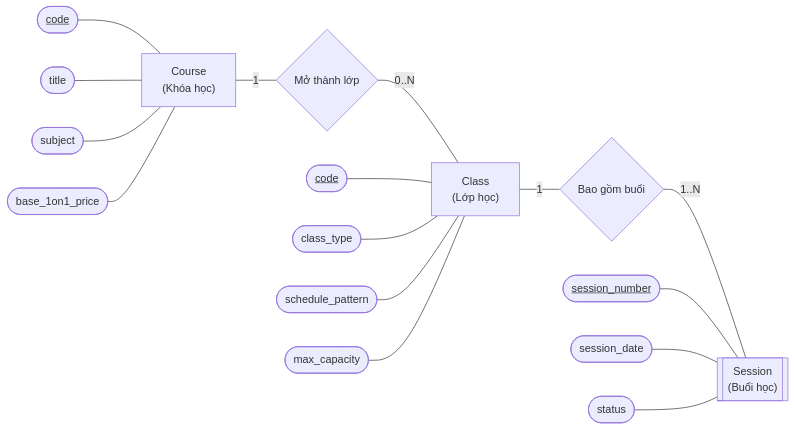
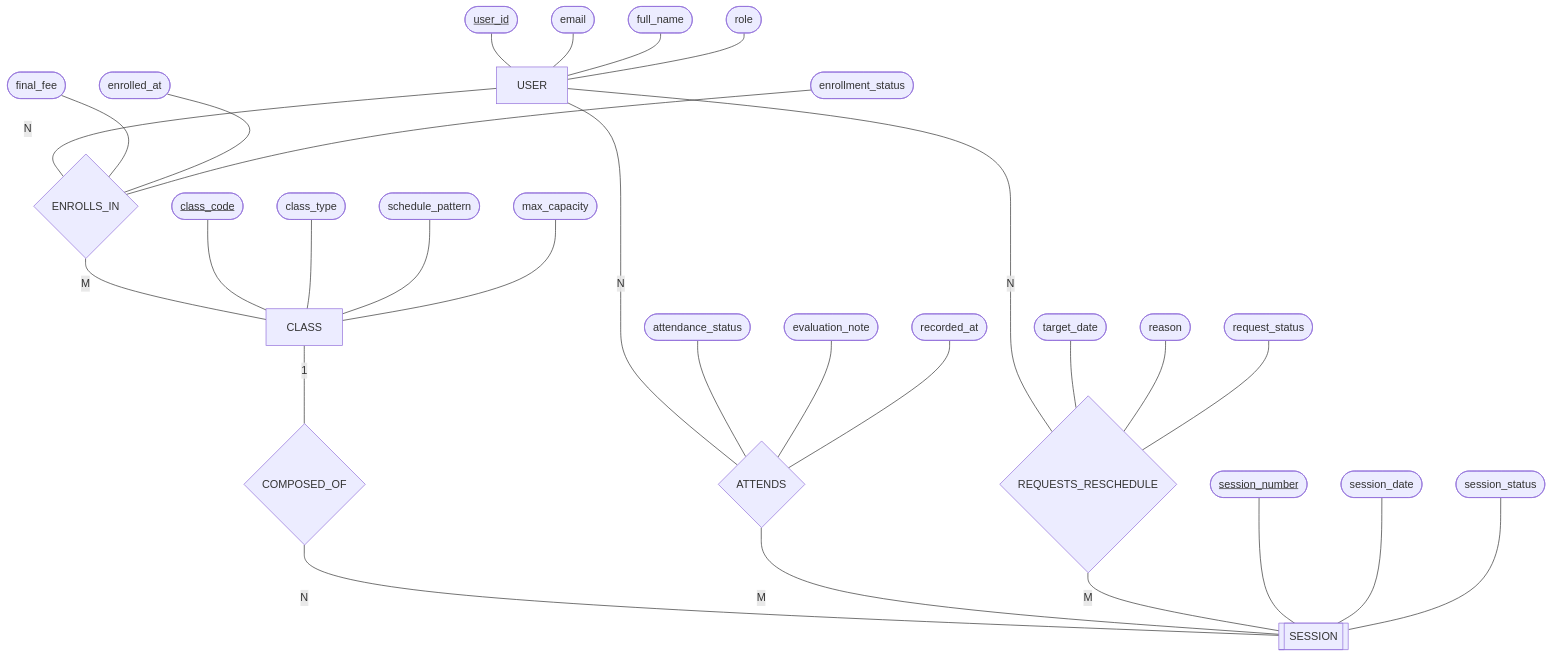
Before and after one commit to Tri-Viet-Tutor/triviettutor: the second of 2 diagrams in Documentation/00-Product-Definition/02-Conceptual-Model.md, drawn with Mermaid. The commit also changed other lines of this file, not shown here.

````diff
--- a/Documentation/00-Product-Definition/02-Conceptual-Model.md
+++ b/Documentation/00-Product-Definition/02-Conceptual-Model.md
@@ -162,34 +141,63 @@
 ```mermaid
-flowchart LR
-    %% Thực thể
-    COURSE["Course<br/>(Khóa học)"]
-    CLASS["Class<br/>(Lớp học)"]
-    SESSION[["Session<br/>(Buổi học)"]]
+flowchart TB
+    %% =======================================================
+    %% ENTITIES
+    %% =======================================================
+    USER[USER]
+    CLASS[CLASS]
+    SESSION[[SESSION]]
 
-    %% Mối quan hệ (Hình thoi)
-    REL_OPEN{"Mở thành lớp"}
-    REL_COMP{"Bao gồm buổi"}
+    %% =======================================================
+    %% RELATIONSHIPS (Hình thoi)
+    %% =======================================================
+    REL_ENROLL{"ENROLLS_IN"}
+    REL_ATTEND{"ATTENDS"}
+    REL_RESCHED{"REQUESTS_RESCHEDULE"}
+    REL_COMP{"COMPOSED_OF"}
 
-    %% Thuộc tính của Course (Oval)
-    A_C_CODE(["<u>code</u>"]) --- COURSE
-    A_C_TITLE(["title"]) --- COURSE
-    A_C_SUBJ(["subject"]) --- COURSE
-    A_C_FEE(["base_1on1_price"]) --- COURSE
+    %% =======================================================
+    %% CARDINALITY (1, N, M)
+    %% =======================================================
+    USER ---|"N"| REL_ENROLL ---|"M"| CLASS
+    CLASS ---|"1"| REL_COMP ---|"N"| SESSION
+    USER ---|"N"| REL_ATTEND ---|"M"| SESSION
+    USER ---|"N"| REL_RESCHED ---|"M"| SESSION
 
-    %% Liên kết Course - Class
-    COURSE ---|"1"| REL_OPEN ---|"0..N"| CLASS
+    %% =======================================================
+    %% ATTRIBUTES OF ENTITIES (Oval, Key underlined)
+    %% =======================================================
+    %% USER Attributes
+    ATTR_U_ID(["<u>user_id</u>"]) --- USER
+    ATTR_U_EMAIL(["email"]) --- USER
+    ATTR_U_NAME(["full_name"]) --- USER
+    ATTR_U_ROLE(["role"]) --- USER
 
-    %% Thuộc tính của Class (Oval)
-    A_CLS_CODE(["<u>code</u>"]) --- CLASS
-    A_CLS_TYPE(["class_type"]) --- CLASS
-    A_CLS_SCHED(["schedule_pattern"]) --- CLASS
-    A_CLS_CAP(["max_capacity"]) --- CLASS
+    %% CLASS Attributes
+    ATTR_CLS_CODE(["<u>class_code</u>"]) --- CLASS
+    ATTR_CLS_TYPE(["class_type"]) --- CLASS
+    ATTR_CLS_SCHED(["schedule_pattern"]) --- CLASS
+    ATTR_CLS_CAP(["max_capacity"]) --- CLASS
 
-    %% Liên kết Class - Session
-    CLASS ---|"1"| REL_COMP ---|"1..N"| SESSION
+    %% SESSION Attributes (Weak Entity)
+    ATTR_SES_NUM(["<u>session_number</u>"]) --- SESSION
+    ATTR_SES_DATE(["session_date"]) --- SESSION
+    ATTR_SES_STATUS(["session_status"]) --- SESSION
 
-    %% Thuộc tính của Session (Oval)
-    A_SES_NUM(["<u>session_number</u>"]) --- SESSION
-    A_SES_DATE(["session_date"]) --- SESSION
-    A_SES_STATUS(["status"]) --- SESSION
+    %% =======================================================
+    %% RELATIONSHIP ATTRIBUTES (Gắn trực tiếp vào Hình thoi M:N)
+    %% =======================================================
+    %% ENROLLS_IN Attributes
+    ATTR_ENR_FEE(["final_fee"]) --- REL_ENROLL
+    ATTR_ENR_DATE(["enrolled_at"]) --- REL_ENROLL
+    ATTR_ENR_STATUS(["enrollment_status"]) --- REL_ENROLL
+
+    %% ATTENDS Attributes
+    ATTR_ATT_STATUS(["attendance_status"]) --- REL_ATTEND
+    ATTR_ATT_NOTE(["evaluation_note"]) --- REL_ATTEND
+    ATTR_ATT_TIME(["recorded_at"]) --- REL_ATTEND
+
+    %% REQUESTS_RESCHEDULE Attributes
+    ATTR_REQ_DATE(["target_date"]) --- REL_RESCHED
+    ATTR_REQ_REASON(["reason"]) --- REL_RESCHED
+    ATTR_REQ_STATUS(["request_status"]) --- REL_RESCHED
 ```
````
